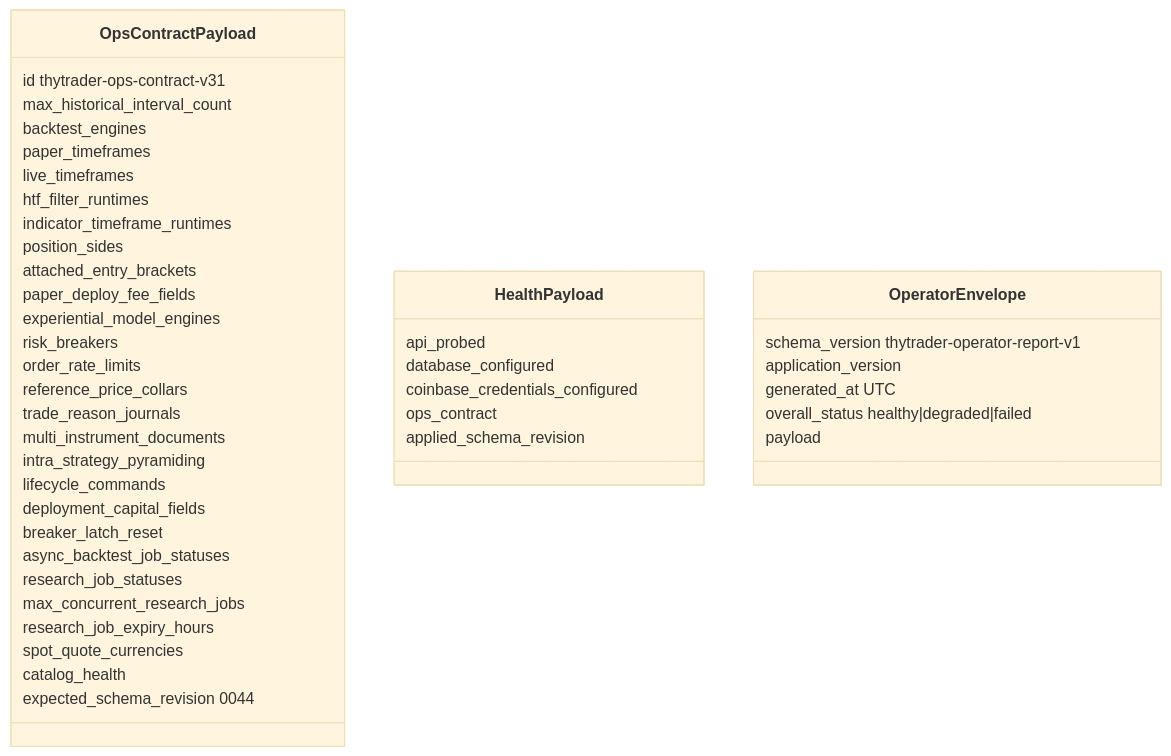
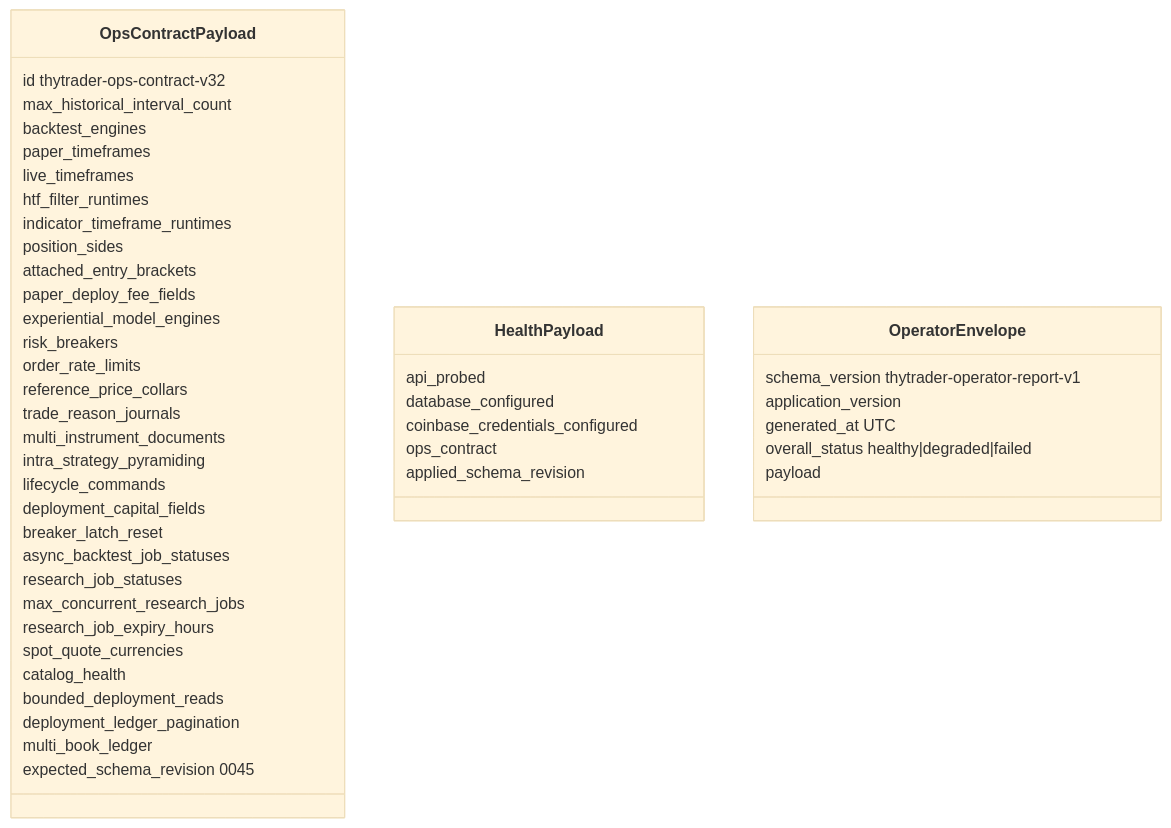
Before and after one commit to Zoltesh/thytrader: the diagram in docs/architecture/contracts/ops-contract.md, drawn with Mermaid (base theme). The commit also changed other lines of this file and 28 other files, not shown here.

First line of the commit message:
feat(execution): multi-book ledger and bounded deployment reads

````diff
--- a/docs/architecture/contracts/ops-contract.md
+++ b/docs/architecture/contracts/ops-contract.md
@@ -42,46 +45,49 @@
 ```mermaid
 classDiagram
   class OpsContractPayload {
-    id thytrader-ops-contract-v31
+    id thytrader-ops-contract-v32
     max_historical_interval_count
     backtest_engines
     paper_timeframes
     live_timeframes
     htf_filter_runtimes
     indicator_timeframe_runtimes
     position_sides
     attached_entry_brackets
     paper_deploy_fee_fields
     experiential_model_engines
     risk_breakers
     order_rate_limits
     reference_price_collars
     trade_reason_journals
     multi_instrument_documents
     intra_strategy_pyramiding
     lifecycle_commands
     deployment_capital_fields
     breaker_latch_reset
     async_backtest_job_statuses
     research_job_statuses
     max_concurrent_research_jobs
     research_job_expiry_hours
     spot_quote_currencies
     catalog_health
-    expected_schema_revision 0044
+    bounded_deployment_reads
+    deployment_ledger_pagination
+    multi_book_ledger
+    expected_schema_revision 0045
   }
   class HealthPayload {
     api_probed
     database_configured
     coinbase_credentials_configured
     ops_contract
     applied_schema_revision
   }
   class OperatorEnvelope {
     schema_version thytrader-operator-report-v1
     application_version
     generated_at UTC
     overall_status healthy|degraded|failed
     payload
   }
 ```
````
